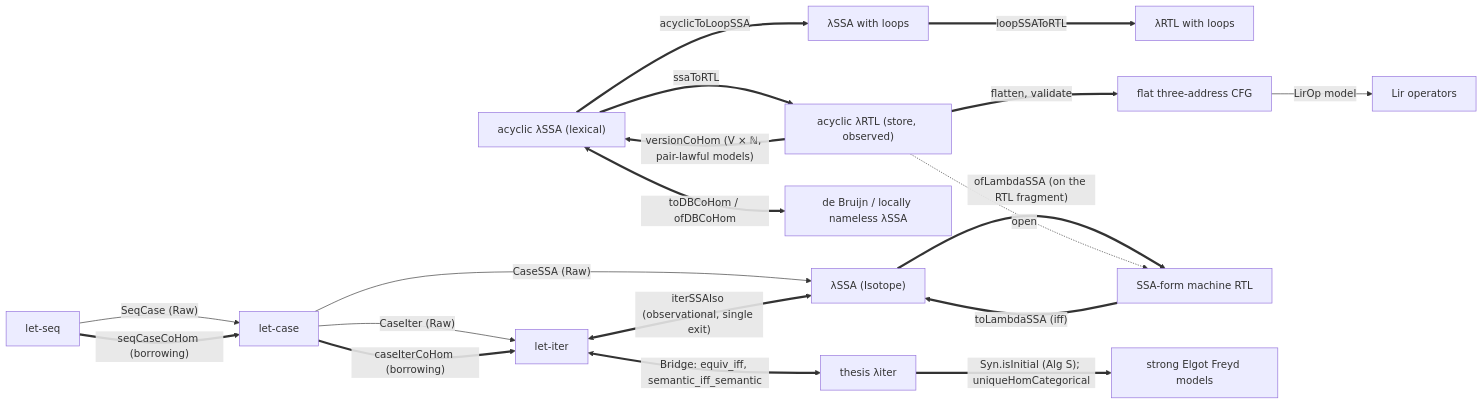
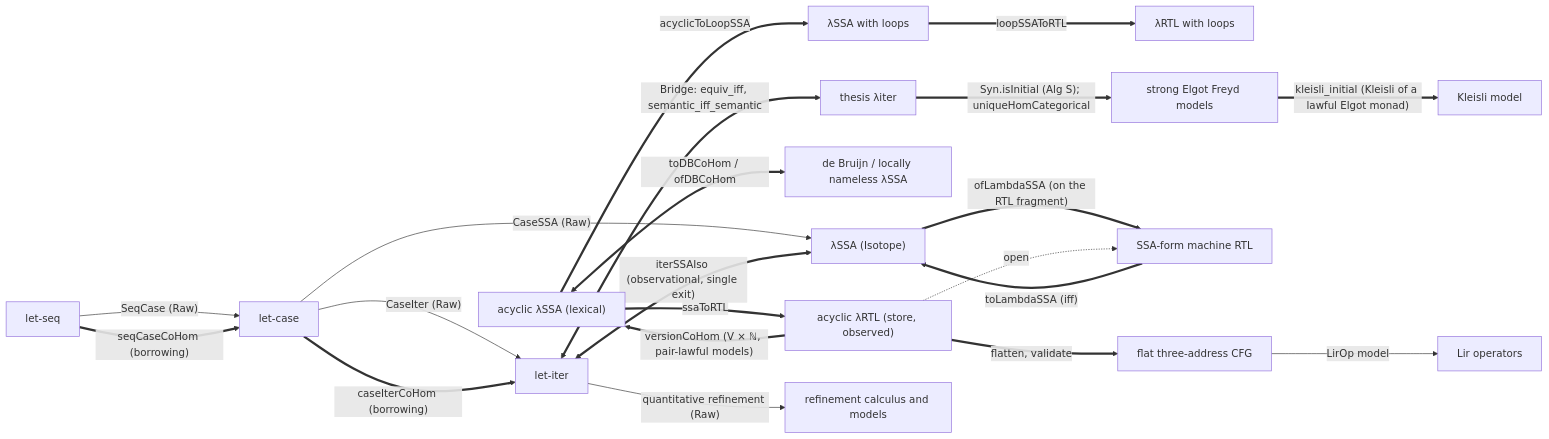
The diagram in docs/projects/ssa.md (hiloopai/silmaril-lean), drawn with Mermaid before and after one commit. The commit also changed other lines of this file and 1 other file, not shown here.

Commit message:
docs: SSA wave 3 on the project page; thesis Kleisli modules in NOTICES/imbrem-thesis

````diff
--- a/docs/projects/ssa.md
+++ b/docs/projects/ssa.md
@@ -16,21 +16,23 @@
 ```mermaid
 flowchart LR
   Seq["let-seq"] -->|"SeqCase (Raw)"| Case["let-case"]
   Case -->|"CaseIter (Raw)"| Iter["let-iter"]
   Case -->|"CaseSSA (Raw)"| LSSA["λSSA (Isotope)"]
   Acyc["acyclic λSSA (lexical)"] ==>|"ssaToRTL"| RTLa["acyclic λRTL (store, observed)"]
   RTLa ==>|"versionCoHom (V × ℕ, pair-lawful models)"| Acyc
   Acyc <==>|"toDBCoHom / ofDBCoHom"| DB["de Bruijn / locally nameless λSSA"]
   Acyc ==>|"acyclicToLoopSSA"| LoopSSA["λSSA with loops"]
   LoopSSA ==>|"loopSSAToRTL"| LoopRTL["λRTL with loops"]
   RTLa ==>|"flatten, validate"| CFG["flat three-address CFG"]
   CFG -->|"LirOp model"| Lir["Lir operators"]
   MRTL["SSA-form machine RTL"] ==>|"toLambdaSSA (iff)"| LSSA
   LSSA ==>|"ofLambdaSSA (on the RTL fragment)"| MRTL
   RTLa -.->|"open"| MRTL
   Seq ==>|"seqCaseCoHom (borrowing)"| Case
   Case ==>|"caseIterCoHom (borrowing)"| Iter
   Iter <==>|"iterSSAIso (observational, single exit)"| LSSA
   Iter <==>|"Bridge: equiv_iff, semantic_iff_semantic"| TIter["thesis λiter"]
   TIter ==>|"Syn.isInitial (Alg S); uniqueHomCategorical"| Freyd["strong Elgot Freyd models"]
+  Freyd ==>|"kleisli_initial (Kleisli of a lawful Elgot monad)"| Kl["Kleisli model"]
+  Iter -->|"quantitative refinement (Raw)"| QRef["refinement calculus and models"]
 ```
````
